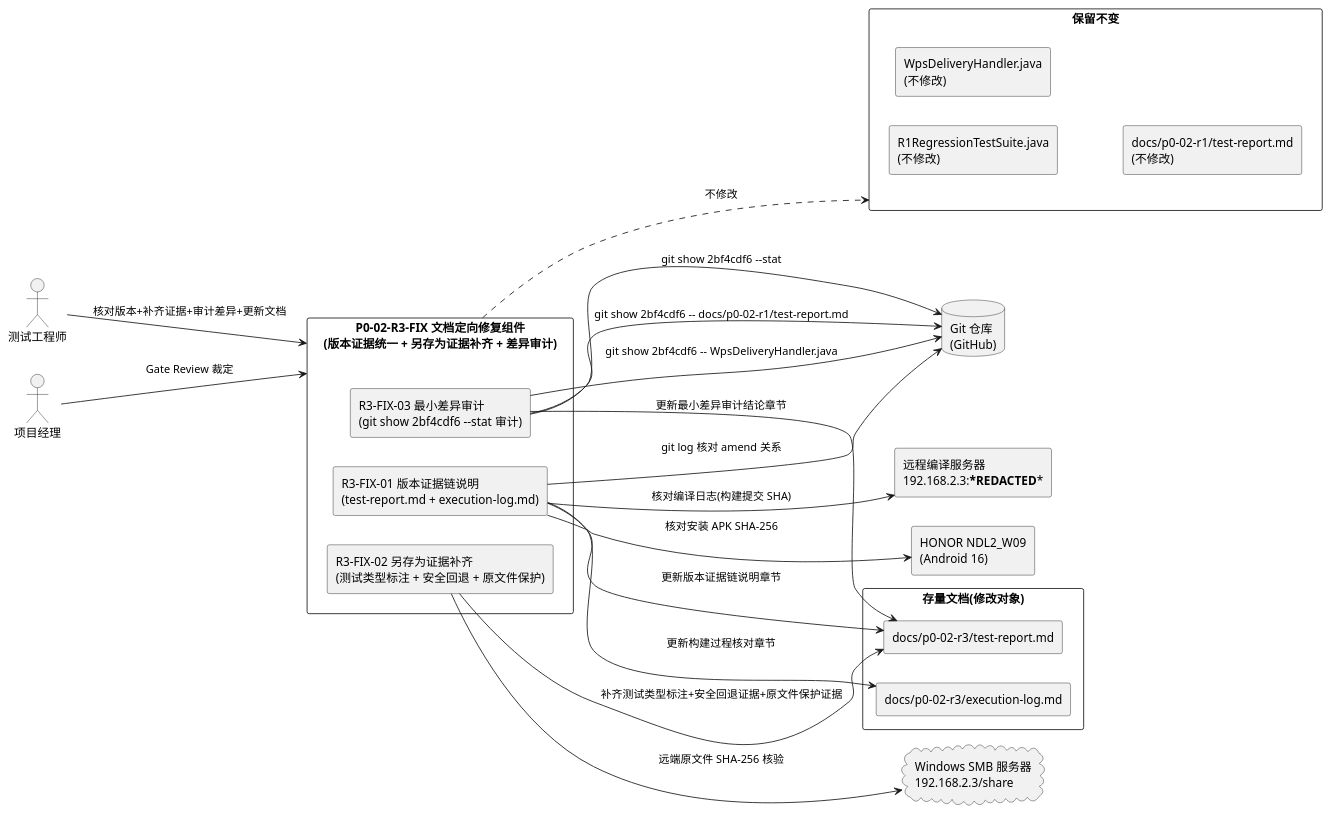
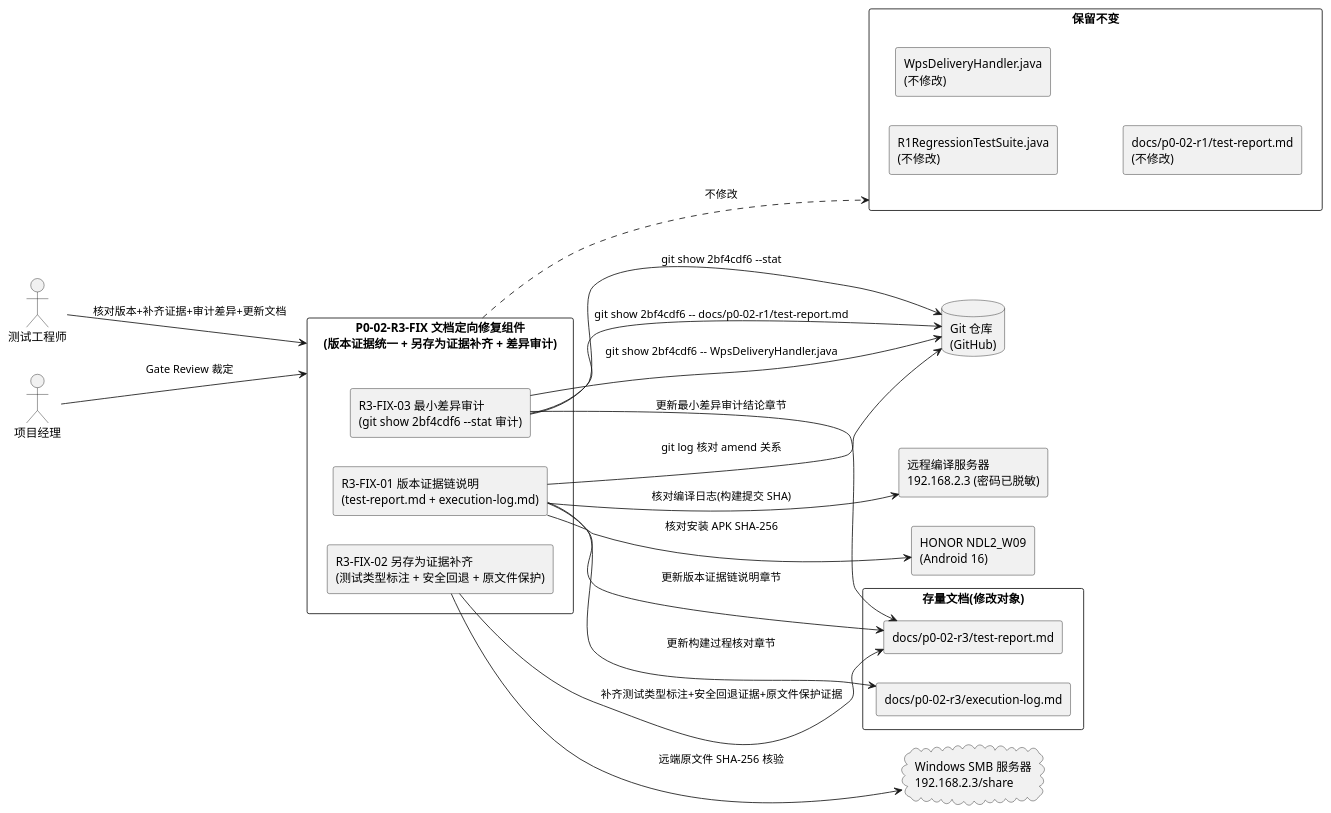
The first of 6 diagrams in docs/p0-02-r3-fix/design.md (wujupeng/andriodpad2), drawn with PlantUML before and after one commit. The commit also changed 9 other files, not shown here.

````diff
--- a/docs/p0-02-r3-fix/design.md
+++ b/docs/p0-02-r3-fix/design.md
@@ -175,51 +175,51 @@
 ```plantuml
 @startuml
 skinparam componentStyle rectangle
 left to right direction
 
 actor "测试工程师" as Tester
 actor "项目经理" as PM
 
 rectangle "P0-02-R3-FIX 文档定向修复组件\n(版本证据统一 + 另存为证据补齐 + 差异审计)" as Fix {
     rectangle "R3-FIX-01 版本证据链说明\n(test-report.md + execution-log.md)" as Fix01
     rectangle "R3-FIX-02 另存为证据补齐\n(测试类型标注 + 安全回退 + 原文件保护)" as Fix02
     rectangle "R3-FIX-03 最小差异审计\n(git show 2bf4cdf6 --stat 审计)" as Fix03
 }
 
 database "Git 仓库\n(GitHub)" as Git
-rectangle "远程编译服务器\n192.168.2.3:***REDACTED***" as BuildServer
+rectangle "远程编译服务器\n192.168.2.3 (密码已脱敏)" as BuildServer
 rectangle "HONOR NDL2_W09\n(Android 16)" as Device
 cloud "Windows SMB 服务器\n192.168.2.3/share" as SMB
 
 rectangle "存量文档(修改对象)" as Docs {
     rectangle "docs/p0-02-r3/test-report.md" as Report
     rectangle "docs/p0-02-r3/execution-log.md" as Log
 }
 
 rectangle "保留不变" as Keep {
     rectangle "R1RegressionTestSuite.java\n(不修改)" as Suite
     rectangle "WpsDeliveryHandler.java\n(不修改)" as Handler
     rectangle "docs/p0-02-r1/test-report.md\n(不修改)" as R1Report
 }
 
 Tester --> Fix : 核对版本+补齐证据+审计差异+更新文档
 PM --> Fix : Gate Review 裁定
 
 Fix01 --> Git : git log 核对 amend 关系
 Fix01 --> BuildServer : 核对编译日志(构建提交 SHA)
 Fix01 --> Device : 核对安装 APK SHA-256
 Fix01 --> Report : 更新版本证据链说明章节
 Fix01 --> Log : 更新构建过程核对章节
 
 Fix02 --> Report : 补齐测试类型标注+安全回退证据+原文件保护证据
 Fix02 --> SMB : 远端原文件 SHA-256 核验
 
 Fix03 --> Git : git show 2bf4cdf6 --stat
 Fix03 --> Git : git show 2bf4cdf6 -- docs/p0-02-r1/test-report.md
 Fix03 --> Git : git show 2bf4cdf6 -- WpsDeliveryHandler.java
 Fix03 --> Report : 更新最小差异审计结论章节
 
 Fix ..> Keep : 不修改
 
 @enduml
 ```
````
